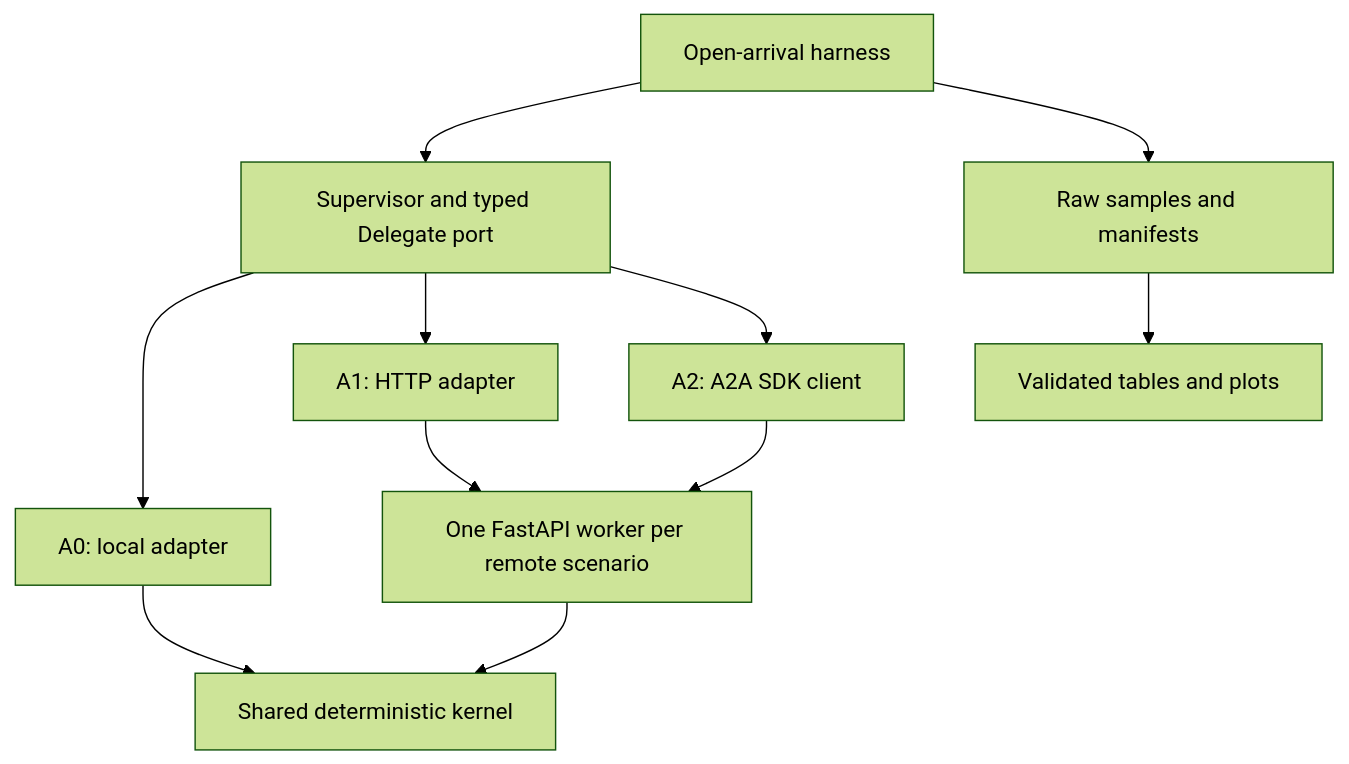
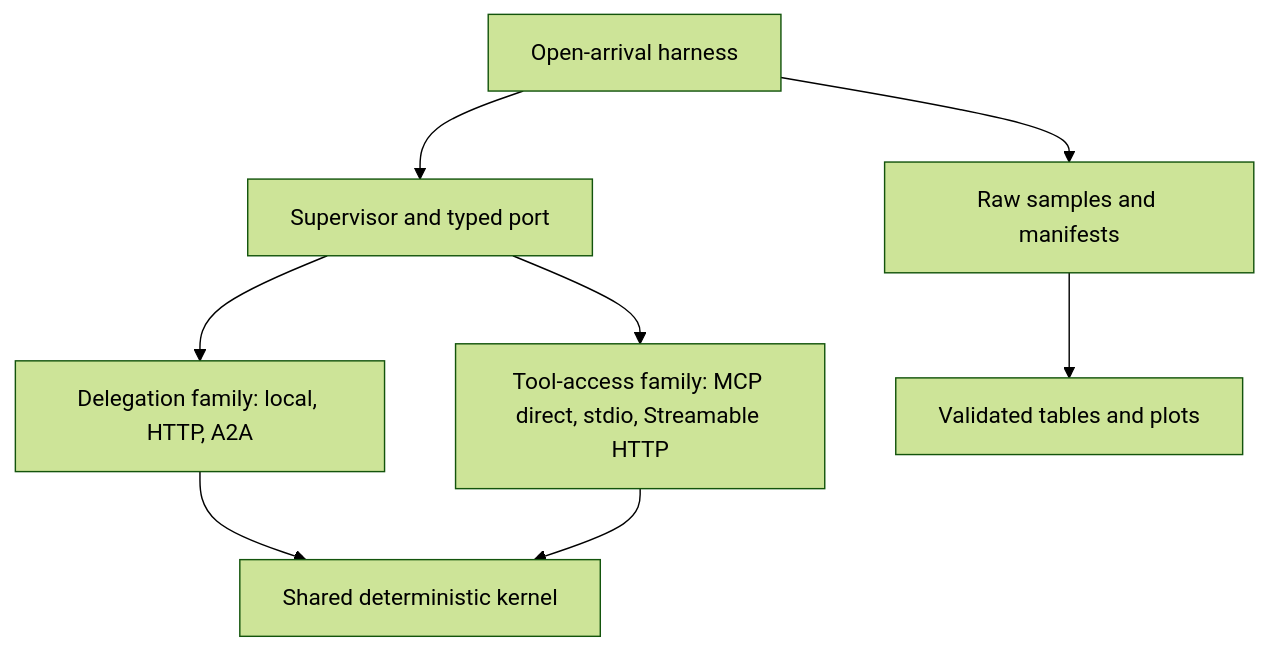
One commit to brunovicco/agent-boundary-bench changed the diagram in README.md. Above: the diagram before and after it, drawn with Mermaid (forest theme). The commit also changed other lines of this file and 41 other files, not shown here.

Commit message:
feat: implement MCP v2 tool-access boundary experiments

````diff
--- a/README.md
+++ b/README.md
@@ -19,13 +27,10 @@
 ```mermaid
 flowchart TD
-    H["Open-arrival harness"] --> S["Supervisor and typed Delegate port"]
-    S --> L["A0: local adapter"]
-    S --> R["A1: HTTP adapter"]
-    S --> A["A2: A2A SDK client"]
-    L --> K["Shared deterministic kernel"]
-    R --> W["One FastAPI worker per remote scenario"]
-    A --> W
-    W --> K
-    H --> D["Raw samples and manifests"]
-    D --> P["Validated tables and plots"]
+    H["Open-arrival harness"] --> S["Supervisor and typed port"]
+    S --> A["Delegation family: local, HTTP, A2A"]
+    S --> M["Tool-access family: MCP direct, stdio, Streamable HTTP"]
+    A --> K["Shared deterministic kernel"]
+    M --> K
+    H --> R["Raw samples and manifests"]
+    R --> P["Validated tables and plots"]
 ```
````
